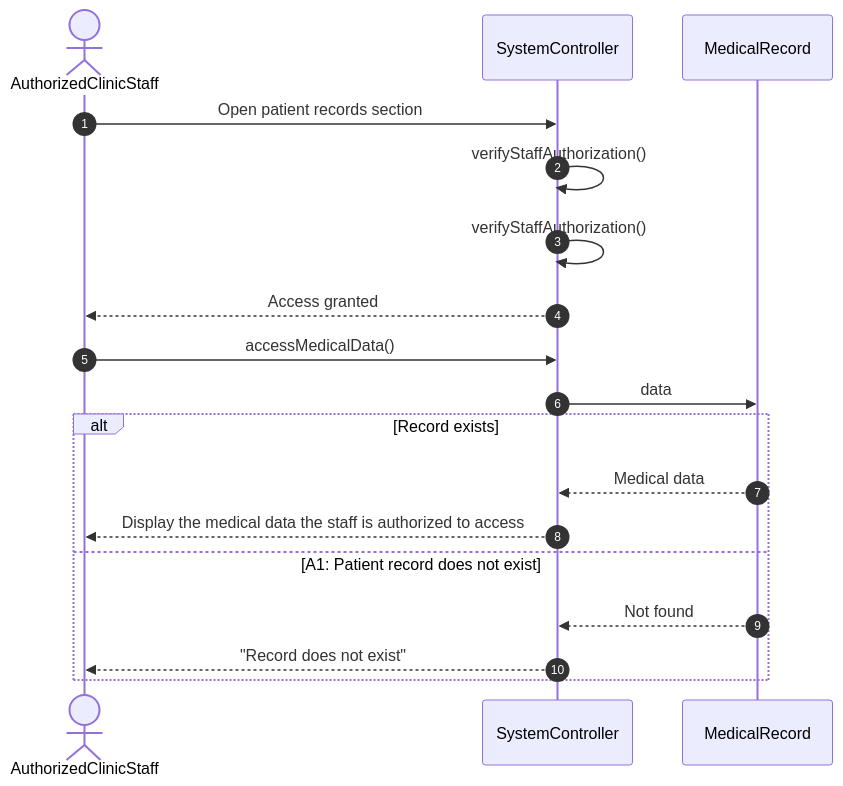
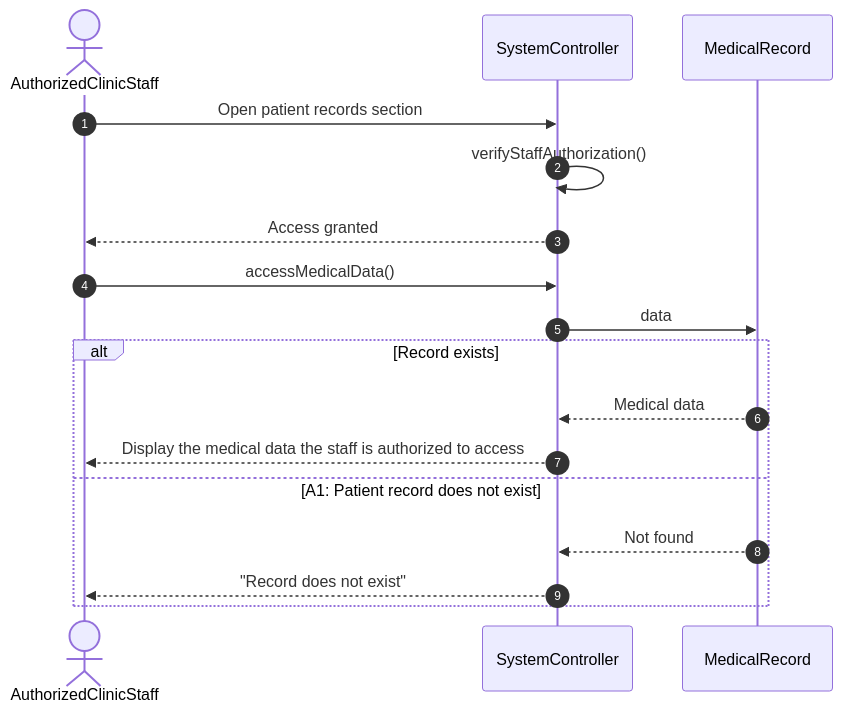
Before and after one commit to Ahmed7731/Clinic-Appointments-System: the fourth of 4 diagrams in sequence_diagrams .md, drawn with Mermaid.

Commit message:
Fix duplicate authorization check in sequence diagram
Removed duplicate call to verifyStaffAuthorization() in sequence diagram.

````diff
--- a/sequence_diagrams .md
+++ b/sequence_diagrams .md
@@ -99,21 +99,20 @@
 ```mermaid
 sequenceDiagram
     autonumber
     actor S as AuthorizedClinicStaff
     participant SC as SystemController
     participant M as MedicalRecord
 
     S->>SC: Open patient records section
-    SC->>SC: verifyStaffAuthorization()
     SC->>SC: verifyStaffAuthorization()
     SC-->>S: Access granted
     S->>SC: accessMedicalData()
     SC->>M: data
     alt Record exists
         M-->>SC: Medical data
         SC-->>S: Display the medical data the staff is authorized to access
     else A1: Patient record does not exist
         M-->>SC: Not found
         SC-->>S: "Record does not exist"
     end
 ```
````
